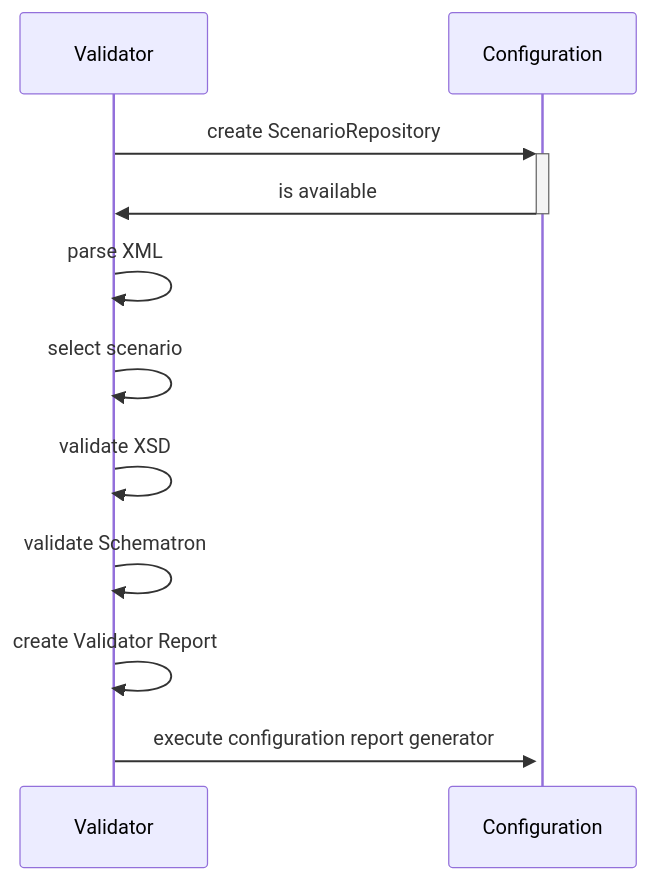
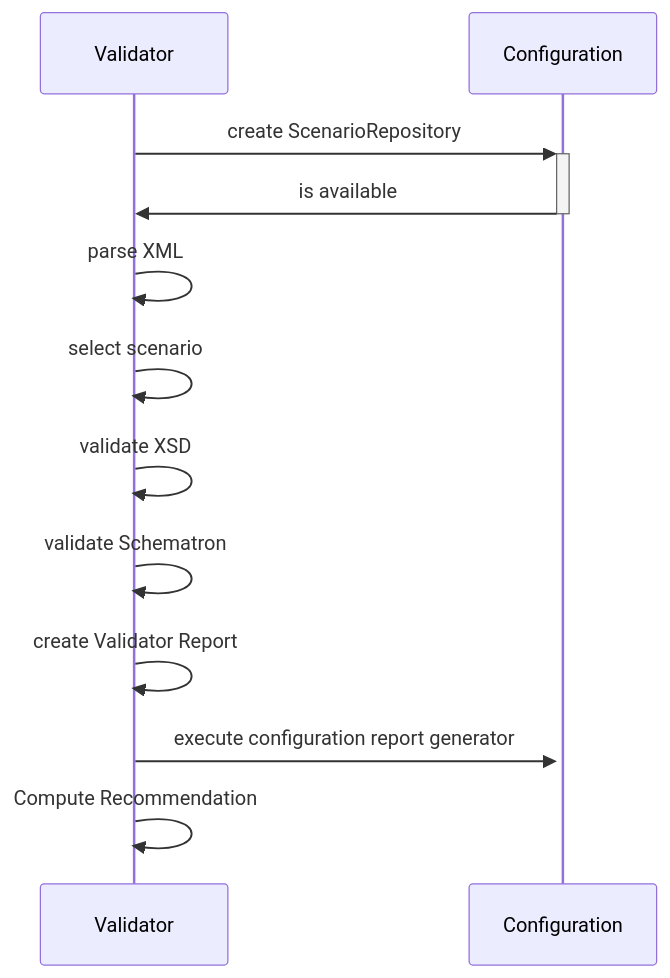
The diagram in docs/architecture.md (itplr-kosit/validator), drawn with Mermaid before and after one commit. The commit also changed other lines of this file and 1 other file, not shown here.

Commit message:
Add accept documentation about acceptRecommendation

````diff
--- a/docs/architecture.md
+++ b/docs/architecture.md
@@ -20,15 +20,16 @@
 ```mermaid
 
 sequenceDiagram
   participant e as Validator
   participant c as Configuration
   e->>+c: create ScenarioRepository
   c->>-e: is available
   e->>e: parse XML
   e->>e: select scenario
   e->>e: validate XSD
   e->>e: validate Schematron
   e->>e: create Validator Report
   e->>+c: execute configuration report generator
+  e->>e: Compute Recommendation
 
 ```
````
